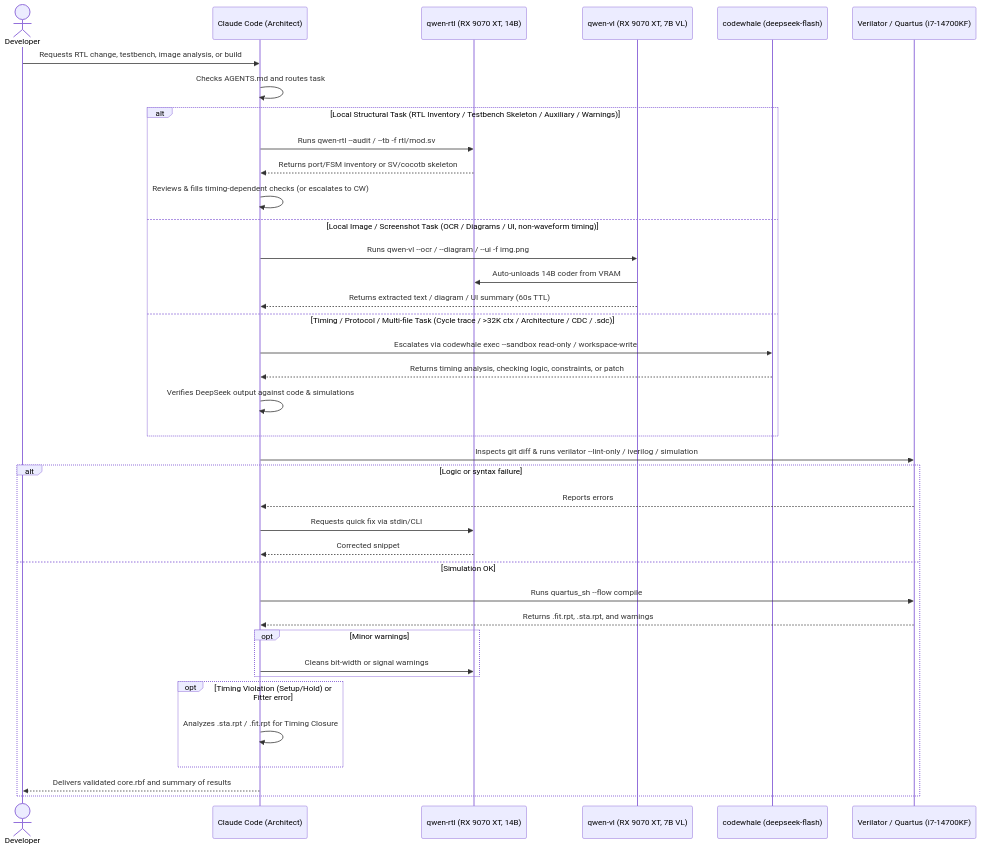
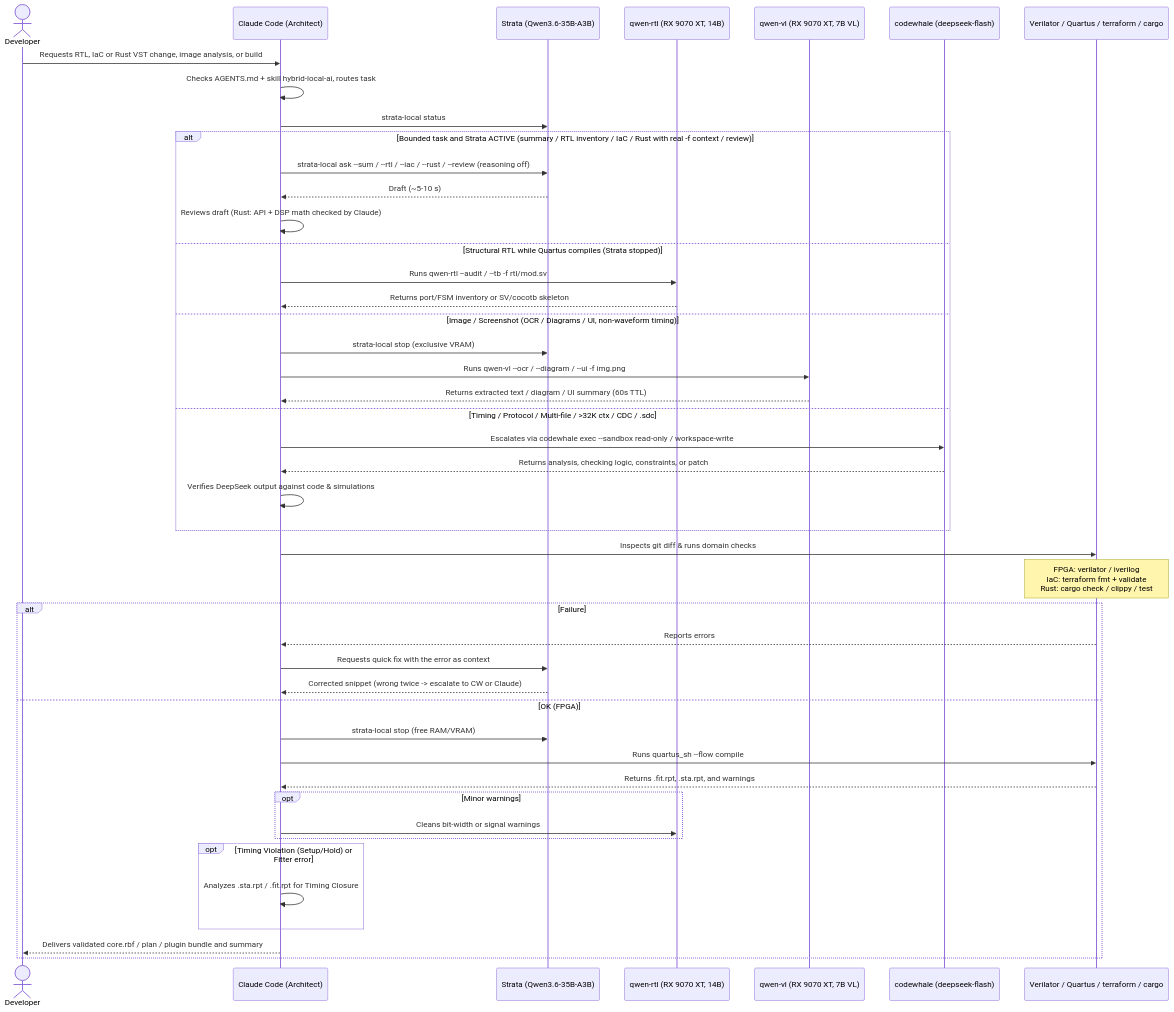
One commit to DanimanX/9070FpgaIAWorkflow changed the second of 3 diagrams in docs/ai-fpga-workflow.md. Above: the diagram before and after it, drawn with Mermaid. The commit also changed other lines of this file and 1 other file, not shown here.

Commit message:
docs: add Strata, IaC and Rust VST flows to workflow diagrams

````diff
--- a/docs/ai-fpga-workflow.md
+++ b/docs/ai-fpga-workflow.md
@@ -50,44 +50,51 @@
 ```mermaid
 sequenceDiagram
     actor Dev as Developer
     participant Claude as Claude Code (Architect)
+    participant Strata as Strata (Qwen3.6-35B-A3B)
     participant Qwen as qwen-rtl (RX 9070 XT, 14B)
     participant QwenVL as qwen-vl (RX 9070 XT, 7B VL)
     participant CW as codewhale (deepseek-flash)
-    participant Tools as Verilator / Quartus (i7-14700KF)
+    participant Tools as Verilator / Quartus / terraform / cargo
 
-    Dev->>Claude: Requests RTL change, testbench, image analysis, or build
-    Claude->>Claude: Checks AGENTS.md and routes task
+    Dev->>Claude: Requests RTL, IaC or Rust VST change, image analysis, or build
+    Claude->>Claude: Checks AGENTS.md + skill hybrid-local-ai, routes task
+    Claude->>Strata: strata-local status
 
-    alt Local Structural Task (RTL Inventory / Testbench Skeleton / Auxiliary / Warnings)
+    alt Bounded task and Strata ACTIVE (summary / RTL inventory / IaC / Rust with real -f context / review)
+        Claude->>Strata: strata-local ask --sum / --rtl / --iac / --rust / --review (reasoning off)
+        Strata-->>Claude: Draft (~5-10 s)
+        Claude->>Claude: Reviews draft (Rust: API + DSP math checked by Claude)
+    else Structural RTL while Quartus compiles (Strata stopped)
         Claude->>Qwen: Runs qwen-rtl --audit / --tb -f rtl/mod.sv
         Qwen-->>Claude: Returns port/FSM inventory or SV/cocotb skeleton
-        Claude->>Claude: Reviews & fills timing-dependent checks (or escalates to CW)
-    else Local Image / Screenshot Task (OCR / Diagrams / UI, non-waveform timing)
+    else Image / Screenshot (OCR / Diagrams / UI, non-waveform timing)
+        Claude->>Strata: strata-local stop (exclusive VRAM)
         Claude->>QwenVL: Runs qwen-vl --ocr / --diagram / --ui -f img.png
-        QwenVL->>Qwen: Auto-unloads 14B coder from VRAM
         QwenVL-->>Claude: Returns extracted text / diagram / UI summary (60s TTL)
-    else Timing / Protocol / Multi-file Task (Cycle trace / >32K ctx / Architecture / CDC / .sdc)
+    else Timing / Protocol / Multi-file / >32K ctx / CDC / .sdc
         Claude->>CW: Escalates via codewhale exec --sandbox read-only / workspace-write
-        CW-->>Claude: Returns timing analysis, checking logic, constraints, or patch
+        CW-->>Claude: Returns analysis, checking logic, constraints, or patch
         Claude->>Claude: Verifies DeepSeek output against code & simulations
     end
 
-    Claude->>Tools: Inspects git diff & runs verilator --lint-only / iverilog / simulation
+    Claude->>Tools: Inspects git diff & runs domain checks
+    Note over Tools: FPGA: verilator / iverilog<br/>IaC: terraform fmt + validate<br/>Rust: cargo check / clippy / test
 
-    alt Logic or syntax failure
+    alt Failure
         Tools-->>Claude: Reports errors
-        Claude->>Qwen: Requests quick fix via stdin/CLI
-        Qwen-->>Claude: Corrected snippet
-    else Simulation OK
+        Claude->>Strata: Requests quick fix with the error as context
+        Strata-->>Claude: Corrected snippet (wrong twice -> escalate to CW or Claude)
+    else OK (FPGA)
+        Claude->>Strata: strata-local stop (free RAM/VRAM)
         Claude->>Tools: Runs quartus_sh --flow compile
         Tools-->>Claude: Returns .fit.rpt, .sta.rpt, and warnings
         opt Minor warnings
             Claude->>Qwen: Cleans bit-width or signal warnings
         end
         opt Timing Violation (Setup/Hold) or Fitter error
             Claude->>Claude: Analyzes .sta.rpt / .fit.rpt for Timing Closure
         end
-        Claude-->>Dev: Delivers validated core.rbf and summary of results
+        Claude-->>Dev: Delivers validated core.rbf / plan / plugin bundle and summary
     end
 ```
````
